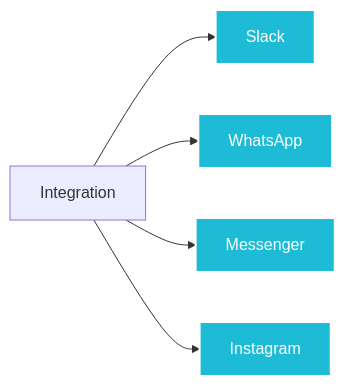
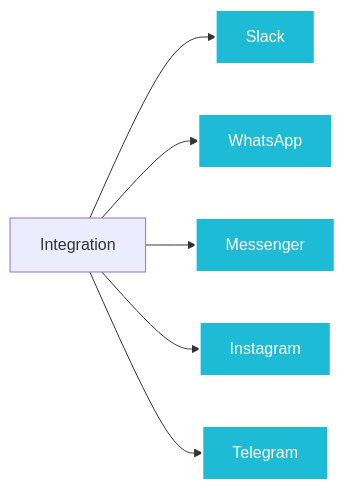
The first of 2 diagrams in docs/docs/integrations/overview.md (yaalalabs/agent-kernel), drawn with Mermaid before and after one commit. The commit also changed other lines of this file and 2 other files, not shown here.

Commit message:
Add insta and telegram to documentation

````diff
--- a/docs/docs/integrations/overview.md
+++ b/docs/docs/integrations/overview.md
@@ -26,14 +28,15 @@
 ```mermaid
 ---
 config:
   layout: dagre
   elk: true
 ---
 flowchart LR
-    D["Integration"] --> I["Slack"] & J["WhatsApp"] & K["Messenger"] & M["Instagram"]
+    D["Integration"] --> I["Slack"] & J["WhatsApp"] & K["Messenger"] & M["Instagram"] & N["Telegram"]
 
     style I fill:#1ebbd7,stroke:#fff,stroke-width:2px,color:#fff
     style J fill:#1ebbd7,stroke:#fff,stroke-width:2px,color:#fff
     style K fill:#1ebbd7,stroke:#fff,stroke-width:2px,color:#fff
     style M fill:#1ebbd7,stroke:#fff,stroke-width:2px,color:#fff
+    style N fill:#1ebbd7,stroke:#fff,stroke-width:2px,color:#fff
 ```
````
